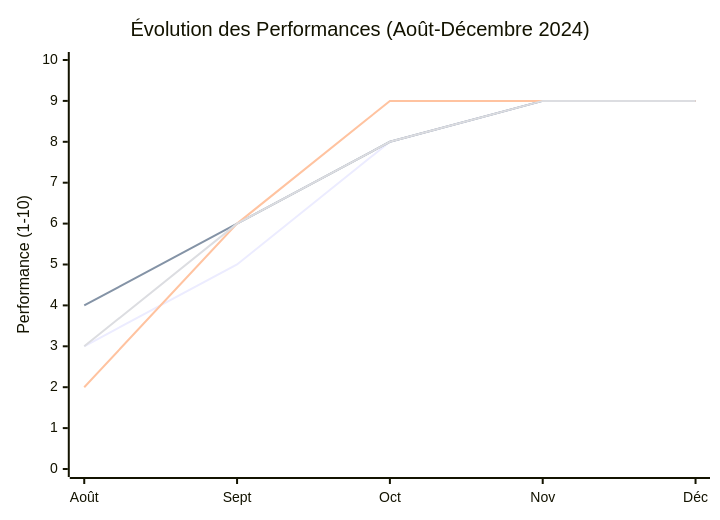
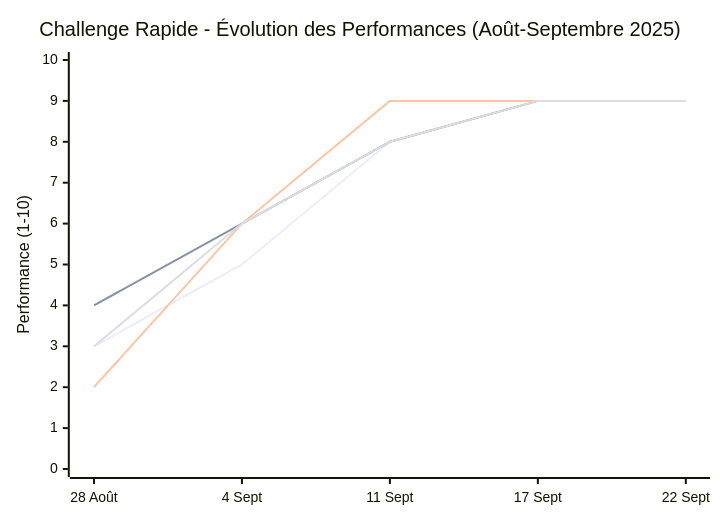
One commit to KONDRONETWORKS/RAPPORTS changed diagram 12 of 15 in v.0.1_STRUCTURE.md. Above: the diagram before and after it, drawn with Mermaid. The commit also changed other lines of this file, not shown here.

````diff
--- a/v.0.1_STRUCTURE.md
+++ b/v.0.1_STRUCTURE.md
@@ -666,10 +657,10 @@
 ```mermaid
 xychart-beta
-    title "Évolution des Performances (Août-Décembre 2024)"
-    x-axis ["Août", "Sept", "Oct", "Nov", "Déc"]
+    title "Challenge Rapide - Évolution des Performances (Août-Septembre 2025)"
+    x-axis ["28 Août", "4 Sept", "11 Sept", "17 Sept", "22 Sept"]
     y-axis "Performance (1-10)" 0 --> 10
     line "Performance API" [3, 5, 8, 9, 9]
     line "Performance Frontend" [4, 6, 8, 9, 9]
     line "Maintenabilité" [2, 6, 9, 9, 9]
     line "Satisfaction Équipe" [3, 6, 8, 9, 9]
 ```
````
